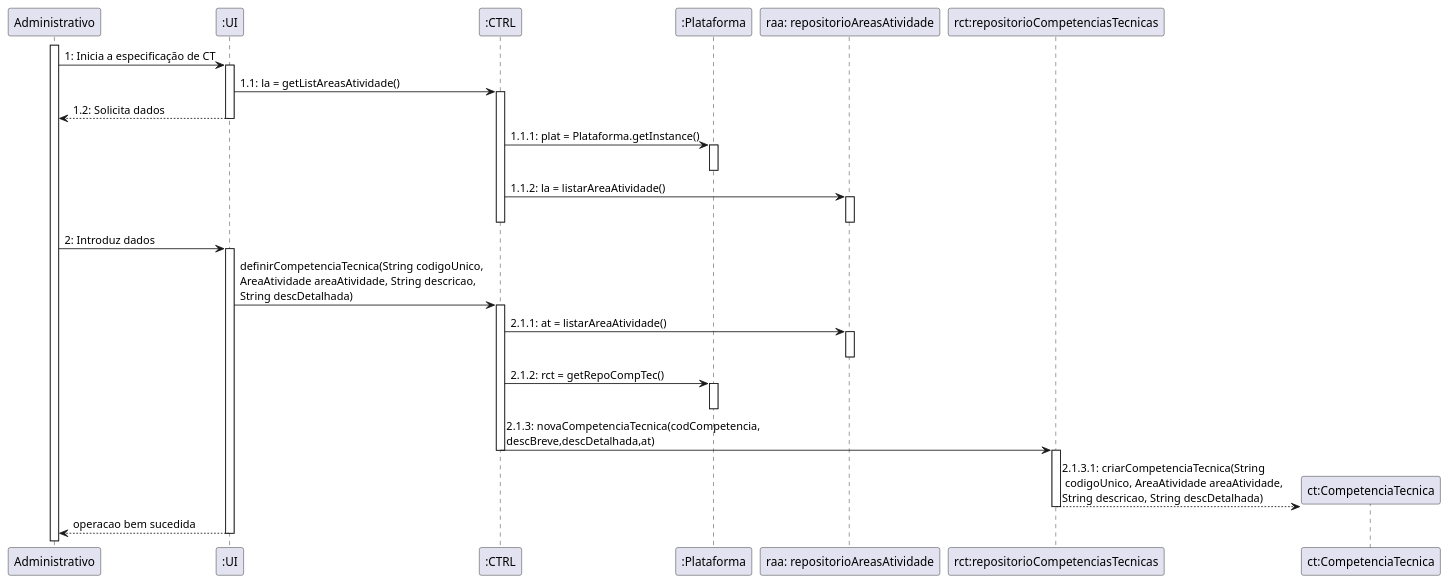
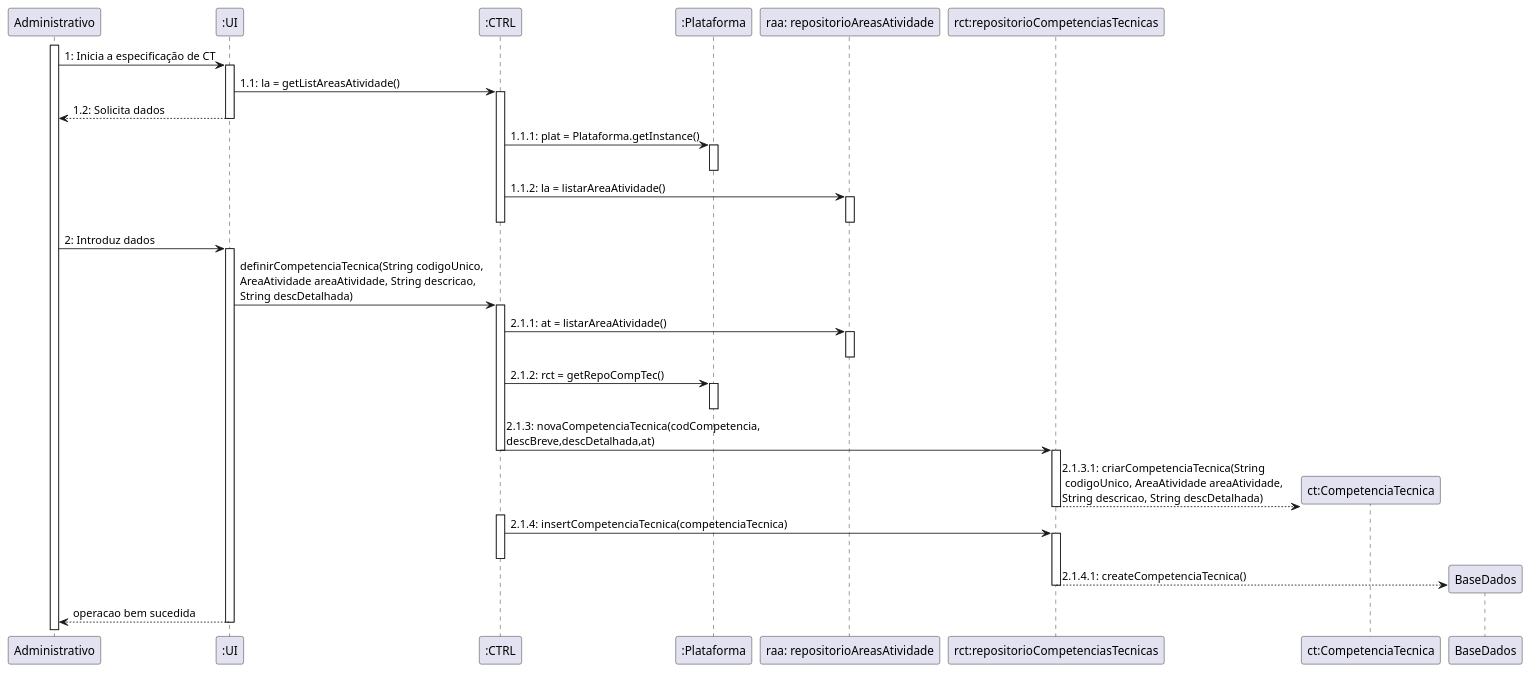
One commit to pedro-miguez/upskill_java1_labprg_grupo3 changed the diagram in Análise/UC4_Definir_Competência_Técnica/UC4_SD.plantuml. Above: the diagram before and after it, drawn with PlantUML. The commit also changed 1 other file, not shown here.

```diff
--- a/Análise/UC4_Definir_Competência_Técnica/UC4_SD.plantuml
+++ b/Análise/UC4_Definir_Competência_Técnica/UC4_SD.plantuml
@@ -1,38 +1,44 @@
 @startuml
 
 participant Administrativo
 activate Administrativo
 Administrativo -> ":UI": 1: Inicia a especificação de CT 
 activate ":UI"
 ":UI" -> ":CTRL" : 1.1: la = getListAreasAtividade()
 activate ":CTRL"
 ":UI" --> Administrativo : 1.2: Solicita dados
 deactivate ":UI"
 ":CTRL" -> ":Plataforma" : 1.1.1: plat = Plataforma.getInstance()
 activate ":Plataforma"
 deactivate ":Plataforma"
 ":CTRL" -> "raa: repositorioAreasAtividade" : 1.1.2: la = listarAreaAtividade()
 activate "raa: repositorioAreasAtividade"
 deactivate "raa: repositorioAreasAtividade"
 deactivate ":CTRL"
 Administrativo -> ":UI": 2: Introduz dados
 activate ":UI"
 ":UI" -> ":CTRL" : definirCompetenciaTecnica(String codigoUnico, \nAreaAtividade areaAtividade, String descricao, \nString descDetalhada)
 activate ":CTRL"
 ":CTRL" -> "raa: repositorioAreasAtividade" : 2.1.1: at = listarAreaAtividade()
 activate "raa: repositorioAreasAtividade"
 deactivate "raa: repositorioAreasAtividade"
 ":CTRL" -> ":Plataforma" : 2.1.2: rct = getRepoCompTec()
 activate ":Plataforma"
 deactivate ":Plataforma"
 ":CTRL" -> "rct:repositorioCompetenciasTecnicas" : 2.1.3: novaCompetenciaTecnica(codCompetencia,\ndescBreve,descDetalhada,at)
 deactivate ":CTRL"
 activate "rct:repositorioCompetenciasTecnicas"
 deactivate "rct:repositorioCompetenciasTecnicas"
 "rct:repositorioCompetenciasTecnicas" --> "ct:CompetenciaTecnica" ** : 2.1.3.1: criarCompetenciaTecnica(String\n codigoUnico, AreaAtividade areaAtividade,\nString descricao, String descDetalhada)
 deactivate "rct:repositorioCompetenciasTecnicas"
+activate ":CTRL"
+":CTRL" -> "rct:repositorioCompetenciasTecnicas" : 2.1.4: insertCompetenciaTecnica(competenciaTecnica)
+activate "rct:repositorioCompetenciasTecnicas"
+deactivate ":CTRL"
+"rct:repositorioCompetenciasTecnicas" --> "BaseDados" ** : 2.1.4.1: createCompetenciaTecnica()
+deactivate "rct:repositorioCompetenciasTecnicas"
 ":UI" --> Administrativo : operacao bem sucedida
 deactivate ":UI"
 
 
 @enduml
```
